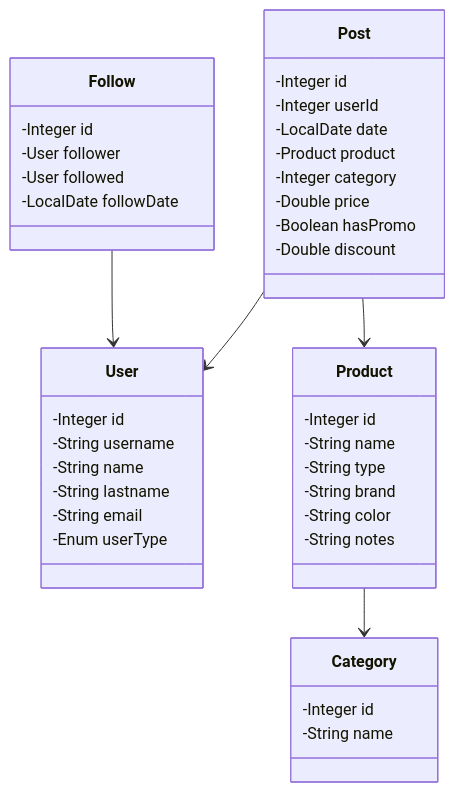
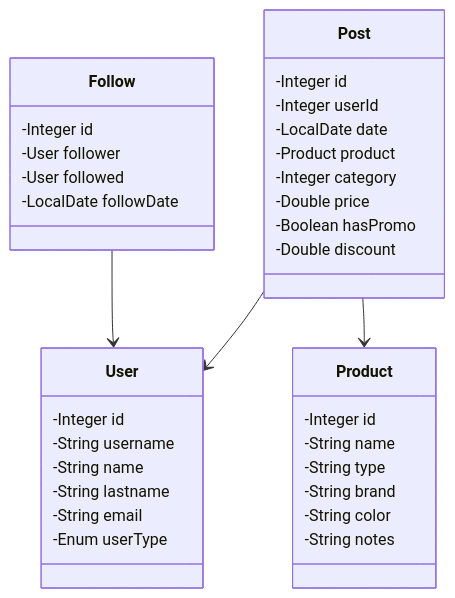
One commit to alargoa/be_java_hisp_w29_g07 changed the diagram in src/main/resources/classDiagram.md. Above: the diagram before and after it, drawn with Mermaid. The commit also changed 2 other files, not shown here.

Commit message:
Last adjustments

````diff
--- a/src/main/resources/classDiagram.md
+++ b/src/main/resources/classDiagram.md
@@ -1,45 +1,40 @@
 ```mermaid
 
 classDiagram
     class User {
         -Integer id
         -String username
         -String name
         -String lastname
         -String email
         -Enum userType
     }
     class Follow {
         -Integer id
         -User follower
         -User followed
         -LocalDate followDate
     }
     class Product {
         -Integer id
         -String name
         -String type
         -String brand
         -String color
         -String notes
     }
     class Post {
         -Integer id
         -Integer userId
         -LocalDate date
         -Product product
         -Integer category
         -Double price
         -Boolean hasPromo
         -Double discount
     }
-    class Category {
-        -Integer id
-        -String name
-    }
     Post --> Product
-    Product --> Category
     Follow --> User
     Post --> User
 
 ```
````
